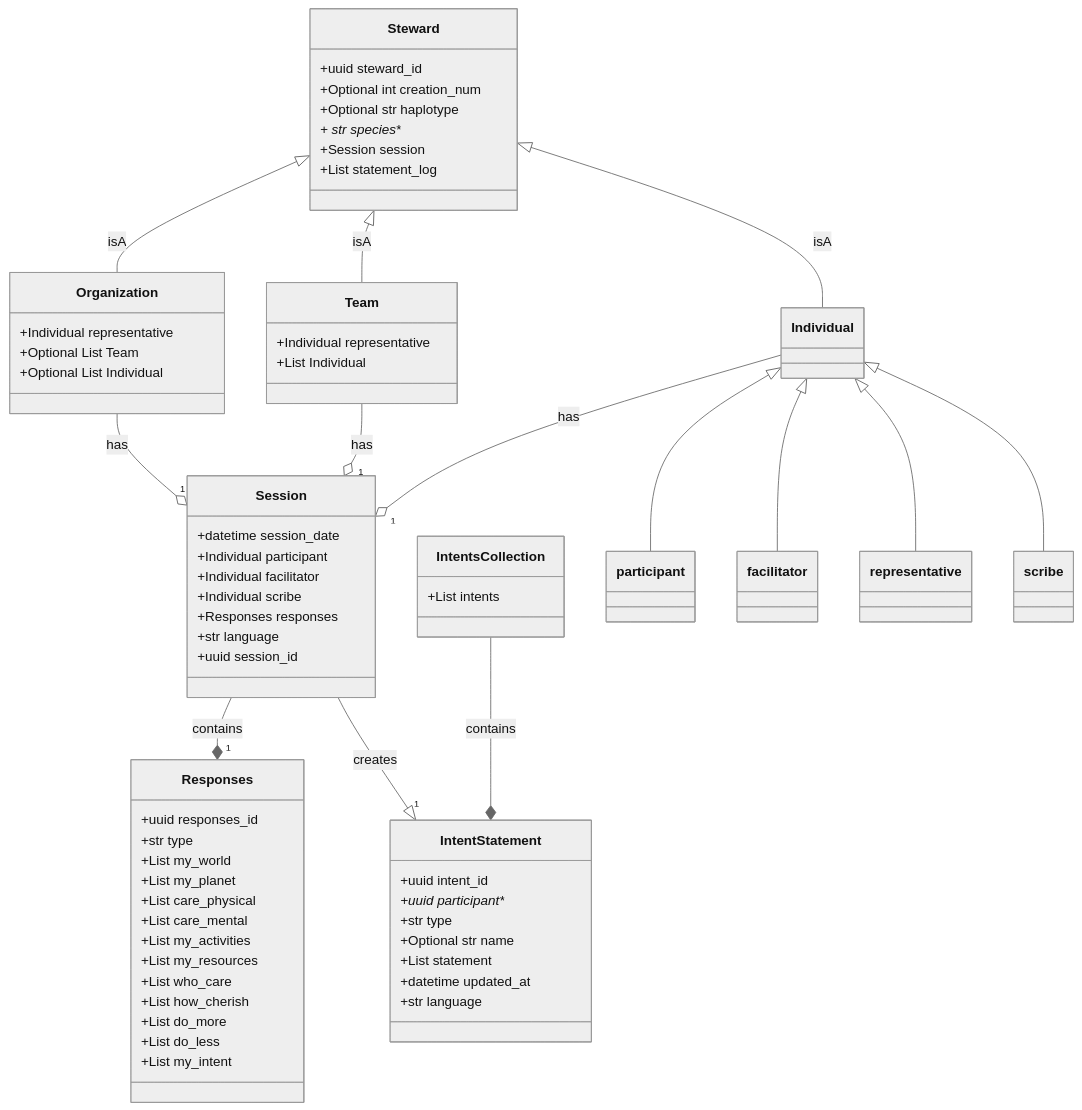
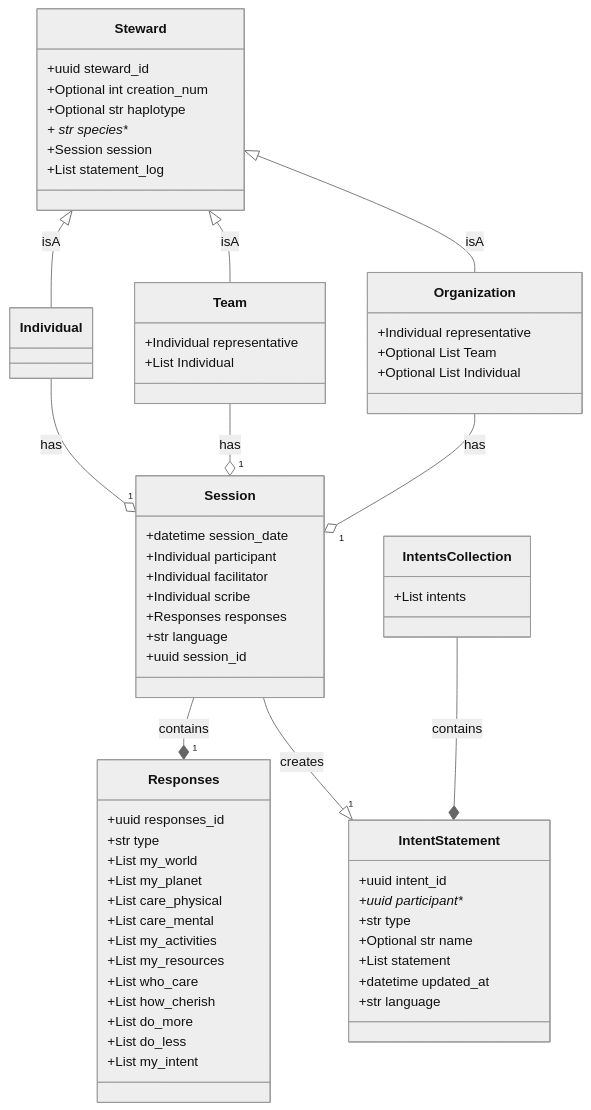
The diagram in docs/data_models_diagram.md (drew-wks/intent-for-the-planet), drawn with Mermaid (neutral theme) before and after one commit.

````diff
--- a/docs/data_models_diagram.md
+++ b/docs/data_models_diagram.md
@@ -5,72 +5,68 @@
 ```mermaid
 classDiagram
     class Steward {
         +uuid steward_id
         +Optional int creation_num
         +Optional str haplotype
         + str species**
         +Session session
         +List statement_log
     }
     class Individual {
     }
     class Team {
         +Individual representative
         +List Individual
     }
     class Organization {
         +Individual representative
         +Optional List Team
         +Optional List Individual
     }
     class Session {
         +datetime session_date
         +Individual participant
         +Individual facilitator
         +Individual scribe
         +Responses responses
         +str language
         +uuid session_id
     }
     class Responses {
         +uuid responses_id
         +str type
         +List my_world
         +List my_planet
         +List care_physical
         +List care_mental
         +List my_activities
         +List my_resources
         +List who_care
         +List how_cherish
         +List do_more
         +List do_less
         +List my_intent
     }
     class IntentStatement {
         +uuid intent_id
         +uuid participant**
         +str type
         +Optional str name
         +List statement
         +datetime updated_at
         +str language
     }
     class IntentsCollection {
         +List intents
     }
     IntentsCollection --* IntentStatement : contains
     Session --* "1" Responses : contains
     Steward <|-- Individual : isA
     Steward <|-- Team : isA
     Steward <|-- Organization : isA
     Session--|> "1" IntentStatement : creates
     Individual --o "1" Session : has
-    Individual <|-- participant
-    Individual <|-- facilitator
-    Individual <|-- representative
-    Individual <|-- scribe
     Team --o "1" Session : has
     Organization --o "1" Session : has
 
 ```
````
